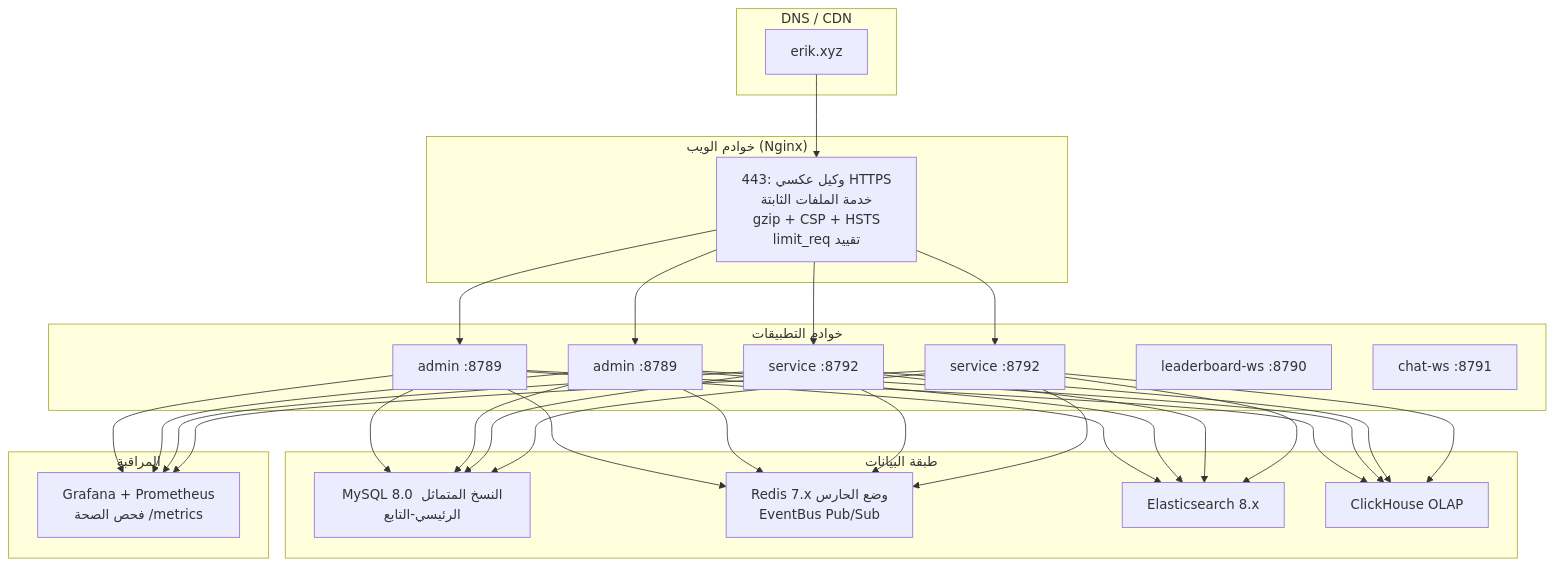
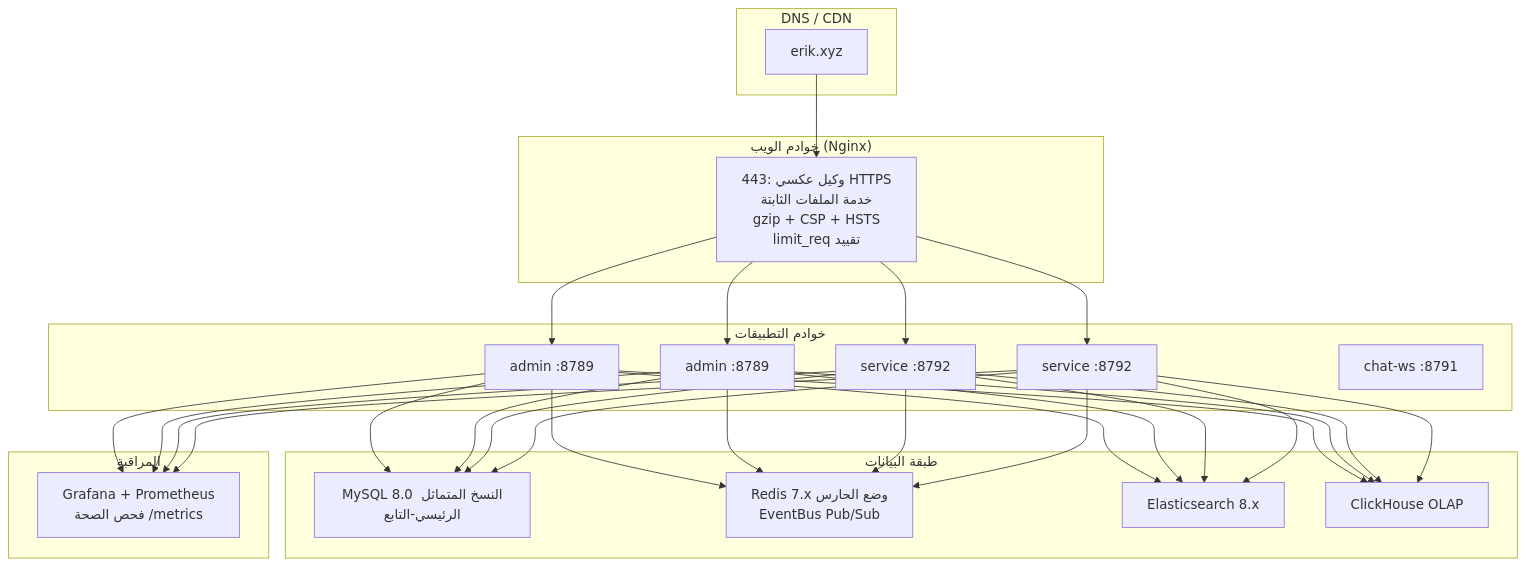
Before and after one commit to erikwang2013/game-platform-php: the second of 2 diagrams in docs/ARCHITECTURE.ar.md, drawn with Mermaid. The commit also changed other lines of this file and 710 other files, not shown here.

````diff
--- a/docs/ARCHITECTURE.ar.md
+++ b/docs/ARCHITECTURE.ar.md
@@ -337,35 +336,34 @@
 ```mermaid
 flowchart TB
     subgraph "DNS / CDN"
         DNS["erik.xyz"]
     end
 
     subgraph "خوادم الويب (Nginx)"
         NGX["وكيل عكسي :443 HTTPS<br/>خدمة الملفات الثابتة<br/>gzip + CSP + HSTS<br/>limit_req تقييد"]
     end
 
     subgraph "خوادم التطبيقات"
         ADM1["admin :8789"]
         ADM2["admin :8789"]
         SVC1["service :8792"]
         SVC2["service :8792"]
-        WS1["leaderboard-ws :8790"]
         WS2["chat-ws :8791"]
     end
 
     subgraph "طبقة البيانات"
         MYSQL["MySQL 8.0 النسخ المتماثل الرئيسي-التابع"]
         REDIS["Redis 7.x وضع الحارس<br/>EventBus Pub/Sub"]
         ES["Elasticsearch 8.x"]
         CH["ClickHouse OLAP"]
     end
 
     subgraph "المراقبة"
         MON["Grafana + Prometheus<br/>فحص الصحة /metrics"]
     end
 
     DNS --> NGX
     NGX --> ADM1 & ADM2 & SVC1 & SVC2
     ADM1 & ADM2 & SVC1 & SVC2 --> MYSQL & REDIS & ES & CH
     ADM1 & ADM2 & SVC1 & SVC2 --> MON
 ```
````
